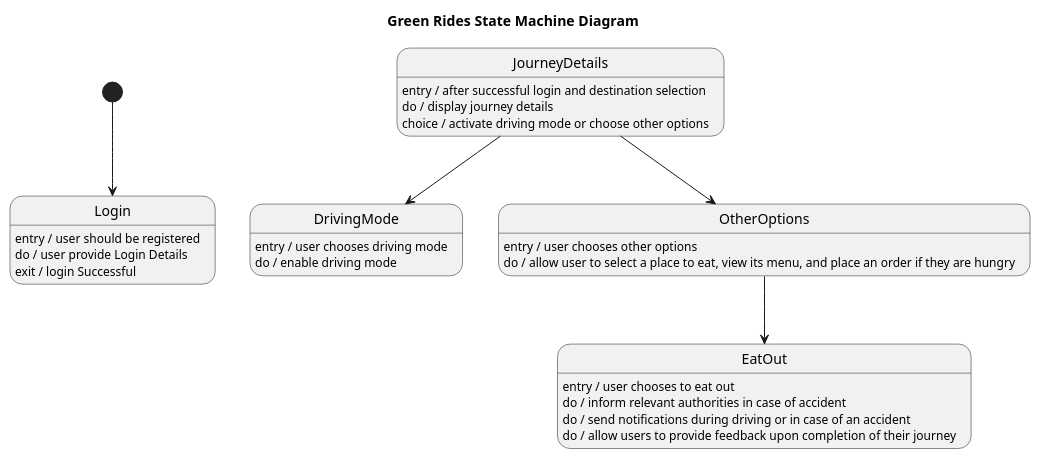
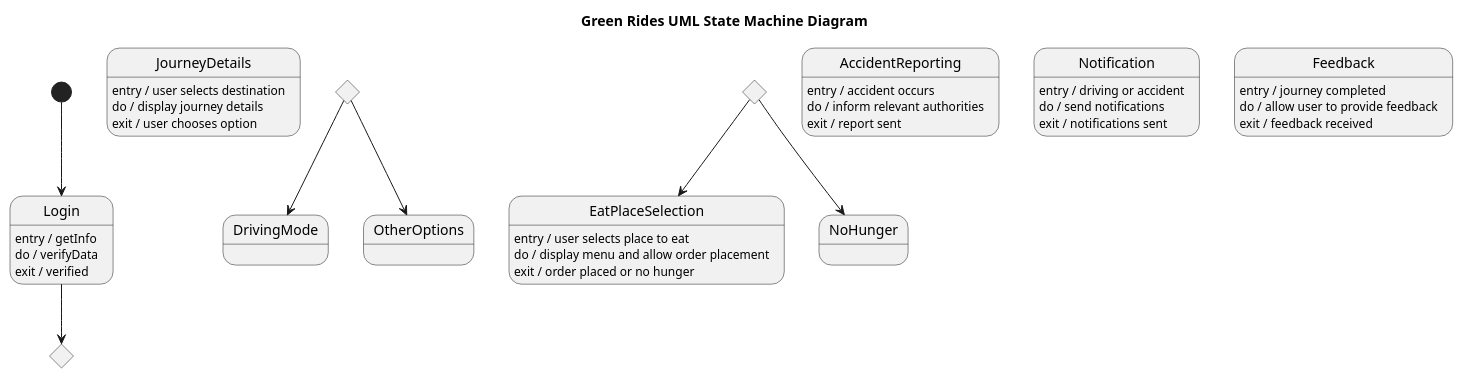
The diagram in results/plantuml_pipeline_run3/runs/open_source__mistral__rag/case_34_green_rides/run_01.initial.puml (maimunafaria/State_transition_Diagram_generated_by_LLM), drawn with PlantUML before and after one commit. The commit also changed 155 other files, not shown here.

```diff
--- a/results/plantuml_pipeline_run3/runs/open_source__mistral__rag/case_34_green_rides/run_01.initial.puml
+++ b/results/plantuml_pipeline_run3/runs/open_source__mistral__rag/case_34_green_rides/run_01.initial.puml
@@ -1,33 +1,46 @@
 @startuml
-title Green Rides State Machine Diagram
+title Green Rides UML State Machine Diagram
 
 [*] --> Login
 
 state Login
-Login : entry / user should be registered
-Login : do / user provide Login Details
-Login : exit / login Successful
+Login : entry / getInfo
+Login : do / verifyData
+Login : exit / verified
+
+state LoginDecision <<choice>>
+Login --> LoginDecision
 
 state JourneyDetails
-JourneyDetails : entry / after successful login and destination selection
+JourneyDetails : entry / user selects destination
 JourneyDetails : do / display journey details
-JourneyDetails : choice / activate driving mode or choose other options
-JourneyDetails --> DrivingMode
-JourneyDetails --> OtherOptions
+JourneyDetails : exit / user chooses option
 
-state DrivingMode
-DrivingMode : entry / user chooses driving mode
-DrivingMode : do / enable driving mode
+state DrivingModeChoice <<choice>>
+DrivingModeChoice --> DrivingMode
+DrivingModeChoice --> OtherOptions
 
-state OtherOptions
-OtherOptions : entry / user chooses other options
-OtherOptions : do / allow user to select a place to eat, view its menu, and place an order if they are hungry
-OtherOptions --> EatOut
+state DiningChoice <<choice>>
+DiningChoice --> EatPlaceSelection
+DiningChoice --> NoHunger
 
-state EatOut
-EatOut : entry / user chooses to eat out
-EatOut : do / inform relevant authorities in case of accident
-EatOut : do / send notifications during driving or in case of an accident
-EatOut : do / allow users to provide feedback upon completion of their journey
+state EatPlaceSelection
+EatPlaceSelection : entry / user selects place to eat
+EatPlaceSelection : do / display menu and allow order placement
+EatPlaceSelection : exit / order placed or no hunger
 
+state AccidentReporting
+AccidentReporting : entry / accident occurs
+AccidentReporting : do / inform relevant authorities
+AccidentReporting : exit / report sent
+
+state Notification
+Notification : entry / driving or accident
+Notification : do / send notifications
+Notification : exit / notifications sent
+
+state Feedback
+Feedback : entry / journey completed
+Feedback : do / allow user to provide feedback
+Feedback : exit / feedback received
 @enduml
```
